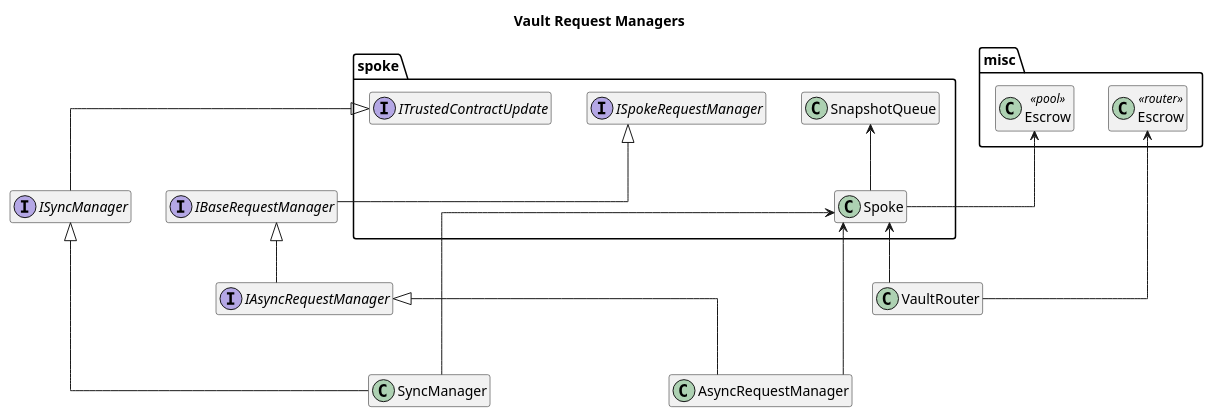
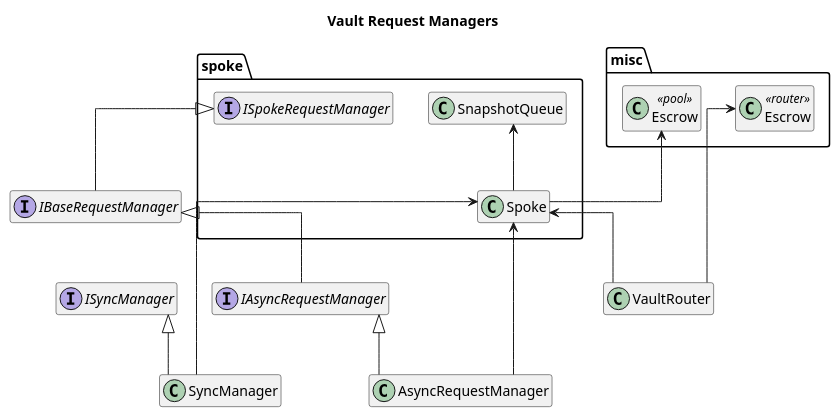
Before and after one commit to centrifuge/protocol: the diagram in docs/architecture/vaults/request-managers.puml, drawn with PlantUML. The commit also changed 64 other files, not shown here.

```diff
--- a/docs/architecture/vaults/request-managers.puml
+++ b/docs/architecture/vaults/request-managers.puml
@@ -1,39 +1,37 @@
 @startuml request-managers
 title Vault Request Managers
 hide empty members
 
 skinparam linetype ortho
 
 package misc {
     class "Escrow" as PoolEscrow<<pool>>
     class "Escrow" as RouterEscrow<<router>>
 }
 
 package spoke {
     class Spoke
     class SnapshotQueue
     interface ISpokeRequestManager
-    interface ITrustedContractUpdate
 }
 
 interface IBaseRequestManager
 interface IAsyncRequestManager
 interface ISyncManager
 
 IBaseRequestManager -up-|> ISpokeRequestManager
 
 IAsyncRequestManager -up-|> IBaseRequestManager
-ISyncManager -up-|> ITrustedContractUpdate
 
 AsyncRequestManager -up-> Spoke
 AsyncRequestManager -up-|> IAsyncRequestManager
 Spoke -up-> PoolEscrow
 Spoke -up-> SnapshotQueue
 
 SyncManager -up-|> ISyncManager
 SyncManager -up--> Spoke
 
 VaultRouter -up-> RouterEscrow
 VaultRouter -up-> Spoke
 
 @enduml
```
